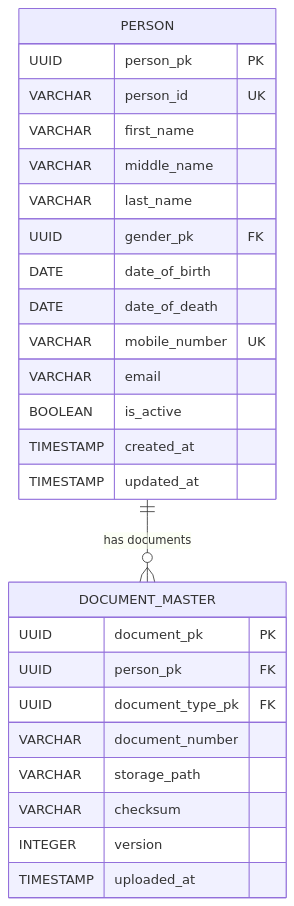
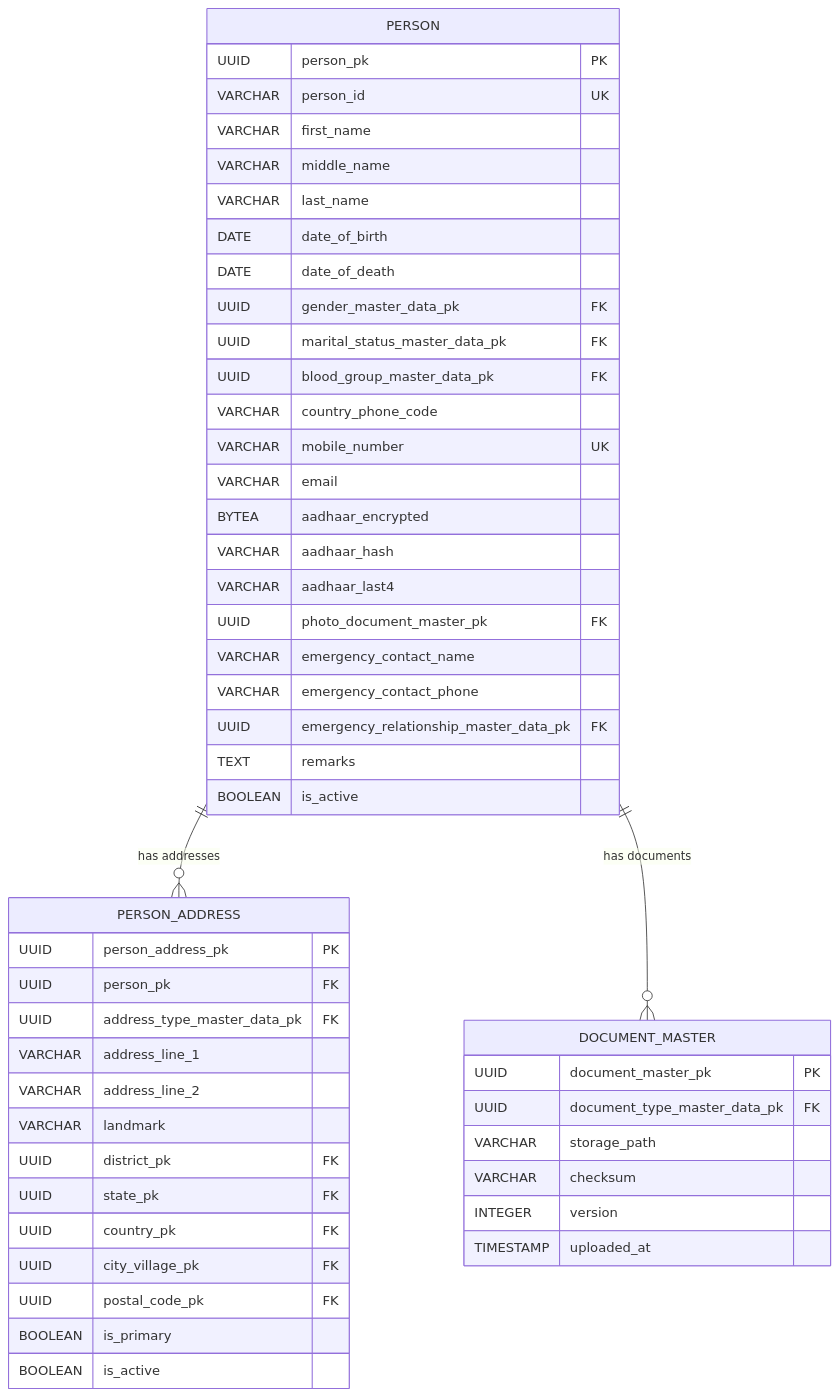
One commit to NilachalaSaraswataSangha/NSS_ERP changed the first of 3 diagrams in docs/03_Solution/modules/person/02_person_erd.md. Above: the diagram before and after it, drawn with Mermaid. The commit also changed other lines of this file and 4 other files, not shown here.

````diff
--- a/docs/03_Solution/modules/person/02_person_erd.md
+++ b/docs/03_Solution/modules/person/02_person_erd.md
@@ -98,32 +98,56 @@
 ```mermaid
 erDiagram
 
+    PERSON ||--o{ PERSON_ADDRESS : "has addresses"
     PERSON ||--o{ DOCUMENT_MASTER : "has documents"
 
     PERSON {
         UUID person_pk PK
         VARCHAR person_id UK
         VARCHAR first_name
         VARCHAR middle_name
         VARCHAR last_name
-        UUID gender_pk FK
         DATE date_of_birth
         DATE date_of_death
+        UUID gender_master_data_pk FK
+        UUID marital_status_master_data_pk FK
+        UUID blood_group_master_data_pk FK
+        VARCHAR country_phone_code
         VARCHAR mobile_number UK
         VARCHAR email
+        BYTEA aadhaar_encrypted
+        VARCHAR aadhaar_hash
+        VARCHAR aadhaar_last4
+        UUID photo_document_master_pk FK
+        VARCHAR emergency_contact_name
+        VARCHAR emergency_contact_phone
+        UUID emergency_relationship_master_data_pk FK
+        TEXT remarks
         BOOLEAN is_active
-        TIMESTAMP created_at
-        TIMESTAMP updated_at
+    }
+
+    PERSON_ADDRESS {
+        UUID person_address_pk PK
+        UUID person_pk FK
+        UUID address_type_master_data_pk FK
+        VARCHAR address_line_1
+        VARCHAR address_line_2
+        VARCHAR landmark
+        UUID district_pk FK
+        UUID state_pk FK
+        UUID country_pk FK
+        UUID city_village_pk FK
+        UUID postal_code_pk FK
+        BOOLEAN is_primary
+        BOOLEAN is_active
     }
 
     DOCUMENT_MASTER {
-        UUID document_pk PK
-        UUID person_pk FK
-        UUID document_type_pk FK
-        VARCHAR document_number
+        UUID document_master_pk PK
+        UUID document_type_master_data_pk FK
         VARCHAR storage_path
         VARCHAR checksum
         INTEGER version
         TIMESTAMP uploaded_at
     }
 ```
````
